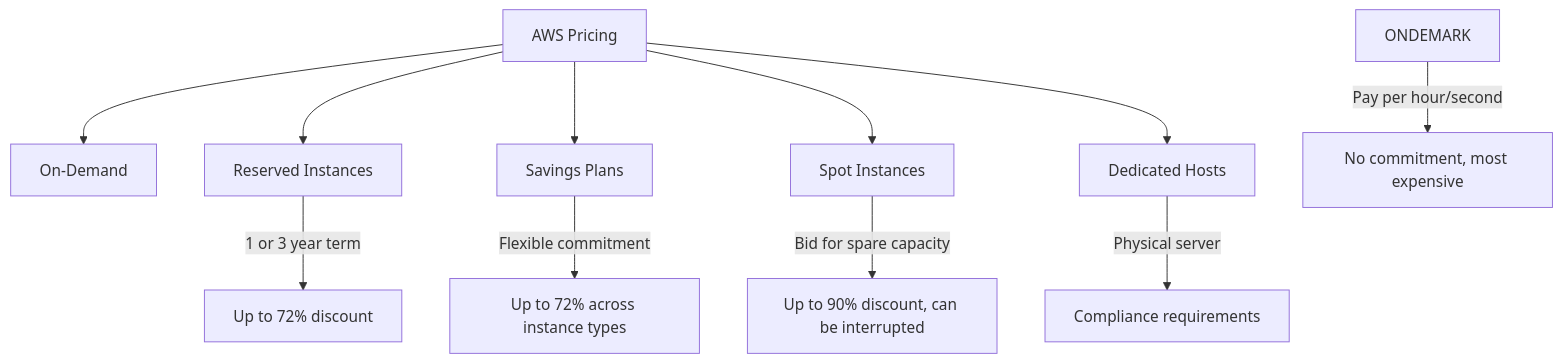
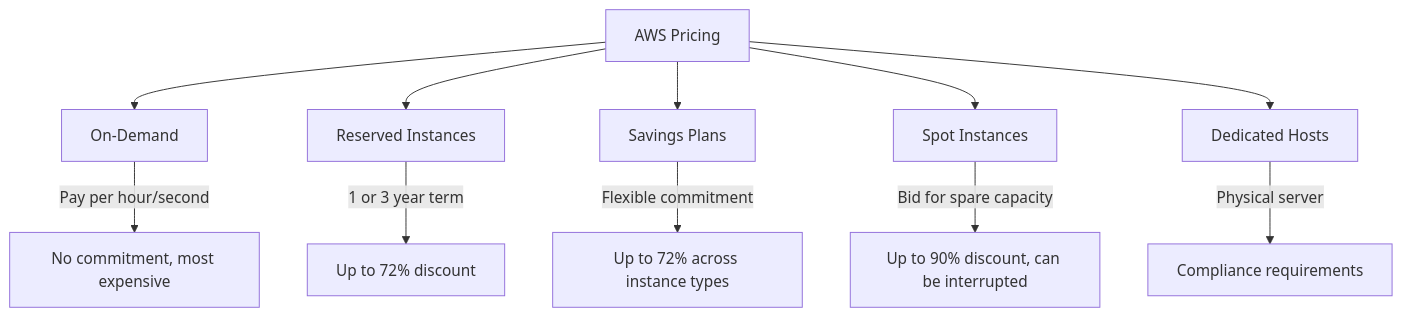
One commit to vanos001/placement_prep changed the fourth of 6 diagrams in src/cloud/aws/README.md. Above: the diagram before and after it, drawn with Mermaid. The commit also changed 14 other files, not shown here.

````diff
--- a/src/cloud/aws/README.md
+++ b/src/cloud/aws/README.md
@@ -127,14 +127,14 @@
 ```mermaid
 graph TB
     PRICING[AWS Pricing] --> ONDEMAND[On-Demand]
     PRICING --> RI[Reserved Instances]
     PRICING --> SP[Savings Plans]
     PRICING --> SPOT[Spot Instances]
     PRICING --> DED[Dedicated Hosts]
 
-    ONDEMARK --> |Pay per hour/second| OD_DESC[No commitment, most expensive]
+    ONDEMAND --> |Pay per hour/second| OD_DESC[No commitment, most expensive]
     RI --> |1 or 3 year term| RI_DESC[Up to 72% discount]
     SP --> |Flexible commitment| SP_DESC[Up to 72% across instance types]
     SPOT --> |Bid for spare capacity| SPT_DESC[Up to 90% discount, can be interrupted]
     DED --> |Physical server| DD_DESC[Compliance requirements]
 ```
````
